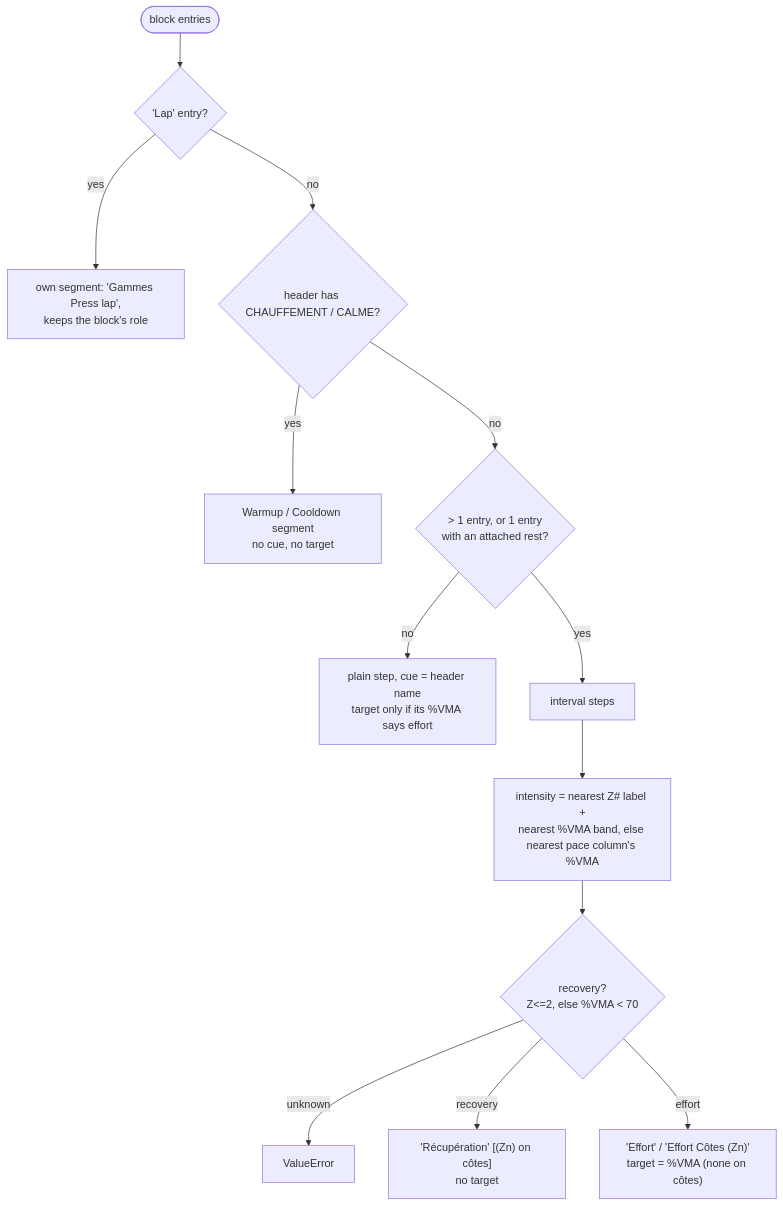
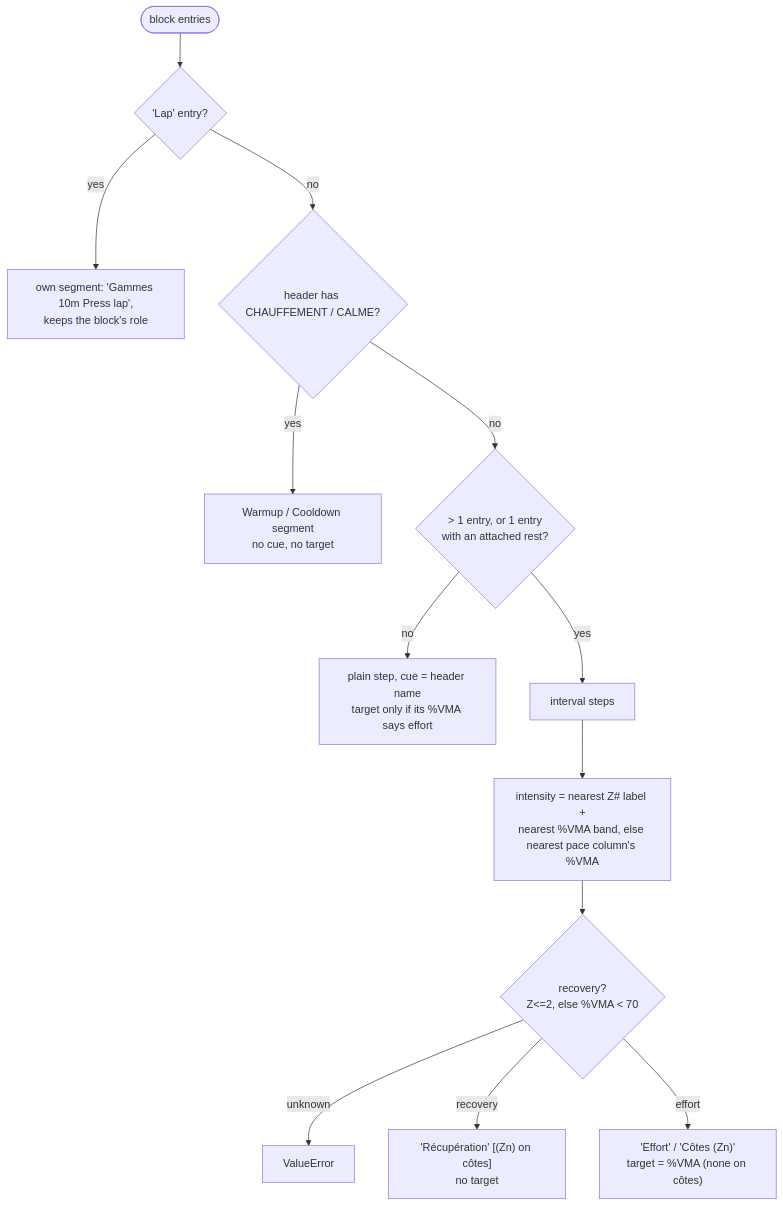
One commit to Duranson/planiteam-to-coros changed the second of 2 diagrams in ARCHITECTURE.md. Above: the diagram before and after it, drawn with Mermaid. The commit also changed 8 other files, not shown here.

````diff
--- a/ARCHITECTURE.md
+++ b/ARCHITECTURE.md
@@ -41,15 +41,15 @@
 ```mermaid
 flowchart TD
     E(["block entries"]) --> LAP{"'Lap' entry?"}
-    LAP -- yes --> LAPSEG["own segment: 'Gammes Press lap',\nkeeps the block's role"]
+    LAP -- yes --> LAPSEG["own segment: 'Gammes 10m Press lap',\nkeeps the block's role"]
     LAP -- no --> ROLE{"header has CHAUFFEMENT / CALME?"}
     ROLE -- yes --> ROLESEG["Warmup / Cooldown segment\nno cue, no target"]
     ROLE -- no --> MULTI{"> 1 entry, or 1 entry\nwith an attached rest?"}
     MULTI -- no --> PLAIN["plain step, cue = header name\ntarget only if its %VMA says effort"]
     MULTI -- yes --> INT["interval steps"]
     INT --> INTENSITY["intensity = nearest Z# label +\nnearest %VMA band, else nearest pace column's %VMA"]
     INTENSITY --> KIND{"recovery?\nZ<=2, else %VMA < 70"}
     KIND -- "unknown" --> ERR["ValueError"]
     KIND -- recovery --> REC["'Récupération' [(Zn) on côtes]\nno target"]
-    KIND -- effort --> EFF["'Effort' / 'Effort Côtes (Zn)'\ntarget = %VMA (none on côtes)"]
+    KIND -- effort --> EFF["'Effort' / 'Côtes (Zn)'\ntarget = %VMA (none on côtes)"]
 ```
````
